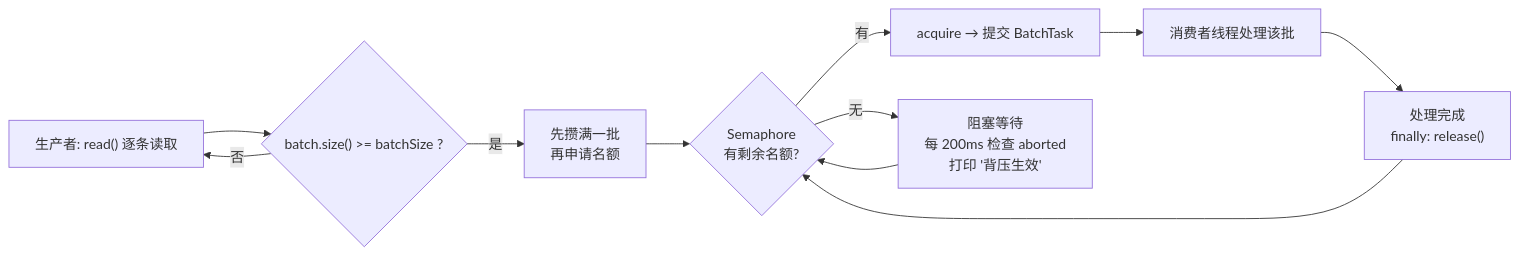
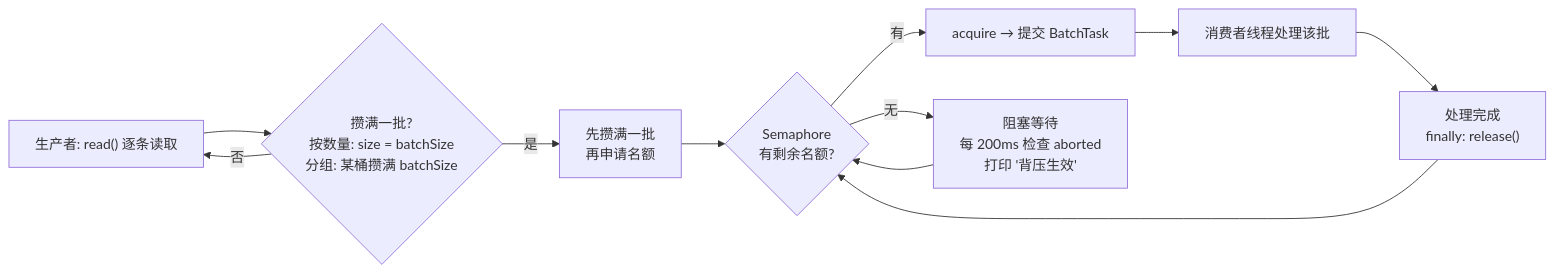
Before and after one commit to owengoodluck/java-batch-pipeline: the third of 13 diagrams in DESIGN.md, drawn with Mermaid. The commit also changed other lines of this file and 31 other files, not shown here.

````diff
--- a/DESIGN.md
+++ b/DESIGN.md
@@ -299,13 +339,13 @@
 ```mermaid
 flowchart LR
-    A["生产者: read() 逐条读取"] --> B{"batch.size() >= batchSize ?"}
+    A["生产者: read() 逐条读取"] --> B{"攒满一批?<br/>按数量: size = batchSize<br/>分组: 某桶攒满 batchSize"}
     B -- 否 --> A
     B -- 是 --> C["先攒满一批<br/>再申请名额"]
     C --> D{"Semaphore<br/>有剩余名额?"}
     D -- 有 --> E["acquire → 提交 BatchTask"]
     D -- 无 --> F["阻塞等待<br/>每 200ms 检查 aborted<br/>打印 '背压生效'"]
     F --> D
     E --> G["消费者线程处理该批"]
     G --> H["处理完成<br/>finally: release()"]
     H --> D
 ```
````
